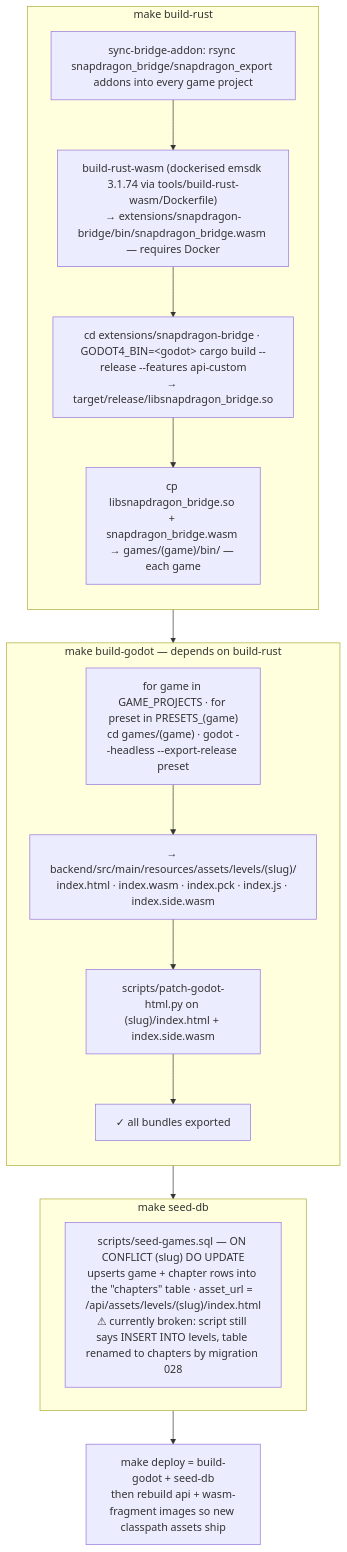
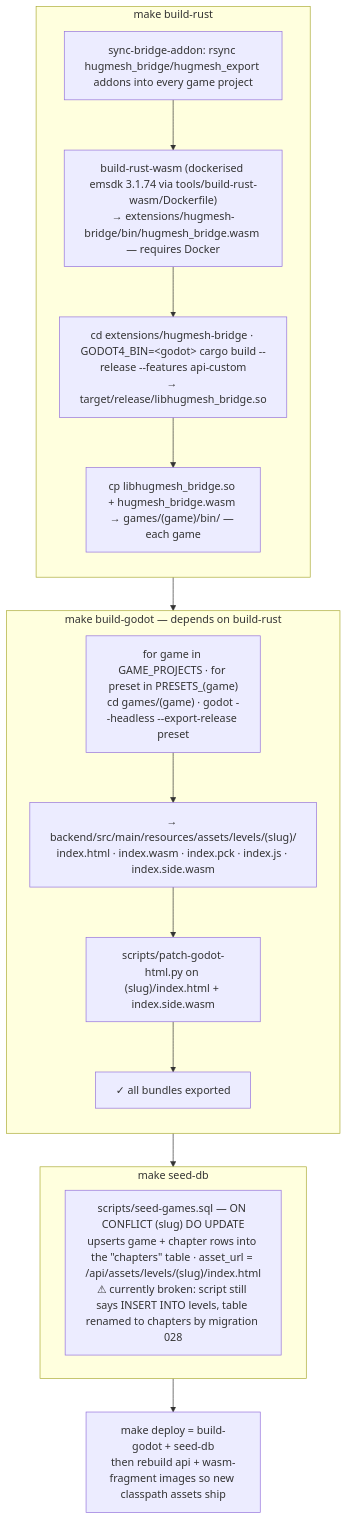
Diagram 47 of 48 in README.md (hugmesh/hugmesh-games), drawn with Mermaid before and after one commit. The commit also changed other lines of this file and 1411 other files, not shown here.

First line of the commit message:
rebrand: Snapdragon -> HugMesh (games.snapdragon -> games.hugmesh, crates, frontend, docs) (#122)

````diff
--- a/README.md
+++ b/README.md
@@ -1199,23 +1199,23 @@
 ```mermaid
 flowchart TB
     subgraph br["make build-rust"]
         direction TB
-        BR0["sync-bridge-addon: rsync snapdragon_bridge/snapdragon_export addons into every game project"]
-        BR1a["build-rust-wasm (dockerised emsdk 3.1.74 via tools/build-rust-wasm/Dockerfile)<br/>→ extensions/snapdragon-bridge/bin/snapdragon_bridge.wasm — requires Docker"]
-        BR1["cd extensions/snapdragon-bridge · GODOT4_BIN=&lt;godot&gt; cargo build --release --features api-custom<br/>→ target/release/libsnapdragon_bridge.so"]
-        BR2["cp libsnapdragon_bridge.so + snapdragon_bridge.wasm → games/(game)/bin/ — each game"]
+        BR0["sync-bridge-addon: rsync hugmesh_bridge/hugmesh_export addons into every game project"]
+        BR1a["build-rust-wasm (dockerised emsdk 3.1.74 via tools/build-rust-wasm/Dockerfile)<br/>→ extensions/hugmesh-bridge/bin/hugmesh_bridge.wasm — requires Docker"]
+        BR1["cd extensions/hugmesh-bridge · GODOT4_BIN=&lt;godot&gt; cargo build --release --features api-custom<br/>→ target/release/libhugmesh_bridge.so"]
+        BR2["cp libhugmesh_bridge.so + hugmesh_bridge.wasm → games/(game)/bin/ — each game"]
         BR0 --> BR1a --> BR1 --> BR2
     end
     subgraph bg["make build-godot — depends on build-rust"]
         direction TB
         BG1["for game in GAME_PROJECTS · for preset in PRESETS_(game)<br/>cd games/(game) · godot --headless --export-release preset"]
         BG2["→ backend/src/main/resources/assets/levels/(slug)/<br/>index.html · index.wasm · index.pck · index.js · index.side.wasm"]
         BG3["scripts/patch-godot-html.py on (slug)/index.html + index.side.wasm"]
         BG4["✓ all bundles exported"]
         BG1 --> BG2 --> BG3 --> BG4
     end
     subgraph sd["make seed-db"]
         SD1["scripts/seed-games.sql — ON CONFLICT (slug) DO UPDATE<br/>upserts game + chapter rows into the &quot;chapters&quot; table · asset_url = /api/assets/levels/(slug)/index.html<br/>⚠ currently broken: script still says INSERT INTO levels, table renamed to chapters by migration 028"]
     end
     br --> bg --> sd --> Deploy["make deploy = build-godot + seed-db<br/>then rebuild api + wasm-fragment images so new classpath assets ship"]
 ```
````
